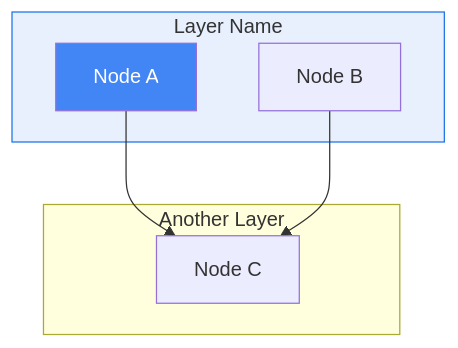
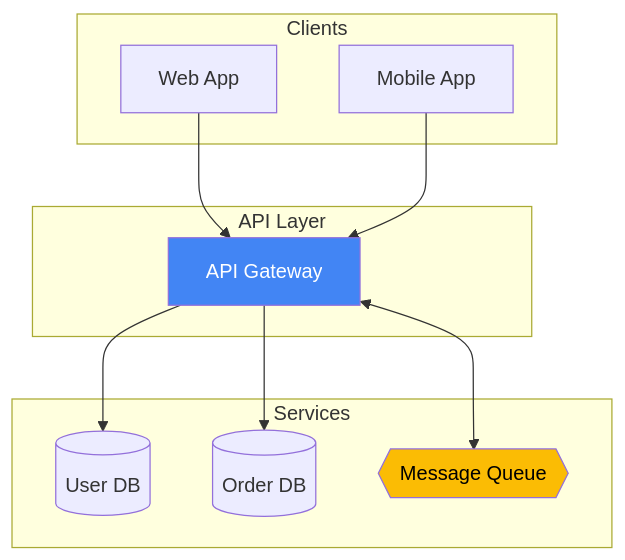
The first of 3 diagrams in claude-config/skills/mermaid-diagrams/SKILL.md (ikchifo/local-dev-configs), drawn with Mermaid before and after one commit. The commit also changed other lines of this file and 1 other file, not shown here.

Commit message:
docs: update SKILL.md for mermaid-diagrams and uv-python-scripts with improved descriptions and examples

````diff
--- a/claude-config/skills/mermaid-diagrams/SKILL.md
+++ b/claude-config/skills/mermaid-diagrams/SKILL.md
@@ -57,17 +36,26 @@
 ```mermaid
 flowchart TD
-    subgraph Layer1["Layer Name"]
-        A[Node A]
-        B[Node B]
+    subgraph Clients["Clients"]
+        Web[Web App]
+        Mobile[Mobile App]
     end
 
-    subgraph Layer2["Another Layer"]
-        C[Node C]
+    subgraph Gateway["API Layer"]
+        GW[API Gateway]
     end
 
-    A --> C
-    B --> C
+    subgraph Services["Services"]
+        Users[(User DB)]
+        Orders[(Order DB)]
+        Queue{{Message Queue}}
+    end
 
-    style Layer1 fill:#e8f0fe,stroke:#1a73e8
-    style A fill:#4285f4,color:#fff
+    Web --> GW
+    Mobile --> GW
+    GW --> Users
+    GW --> Orders
+    GW <--> Queue
+
+    style GW fill:#4285f4,color:#fff
+    style Queue fill:#fbbc04,color:#000
 ```
````
